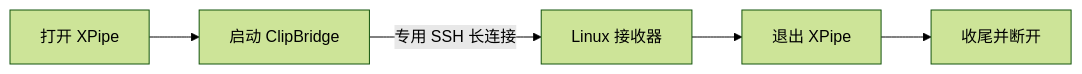
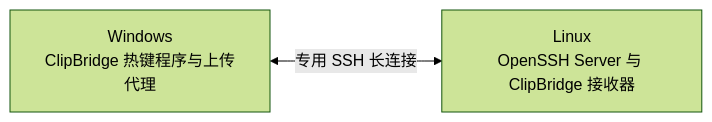
Before and after one commit to NewbieToEverything/clip-win-linux: the first of 2 diagrams in README.zh.md, drawn with Mermaid (forest theme). The commit also changed other lines of this file and 1 other file, not shown here.

Commit message:
Show ClipBridge components and their SSH connection

````diff
--- a/README.zh.md
+++ b/README.zh.md
@@ -15,7 +13,6 @@
 ```mermaid
 flowchart LR
-    A["打开 XPipe"] --> B["启动 ClipBridge"]
-    B -->|"专用 SSH 长连接"| C["Linux 接收器"]
-    C --> D["退出 XPipe"]
-    D --> E["收尾并断开"]
+    W["Windows<br/>ClipBridge 热键程序与上传代理"]
+    L["Linux<br/>OpenSSH Server 与 ClipBridge 接收器"]
+    W <-->|"专用 SSH 长连接"| L
 ```
````
